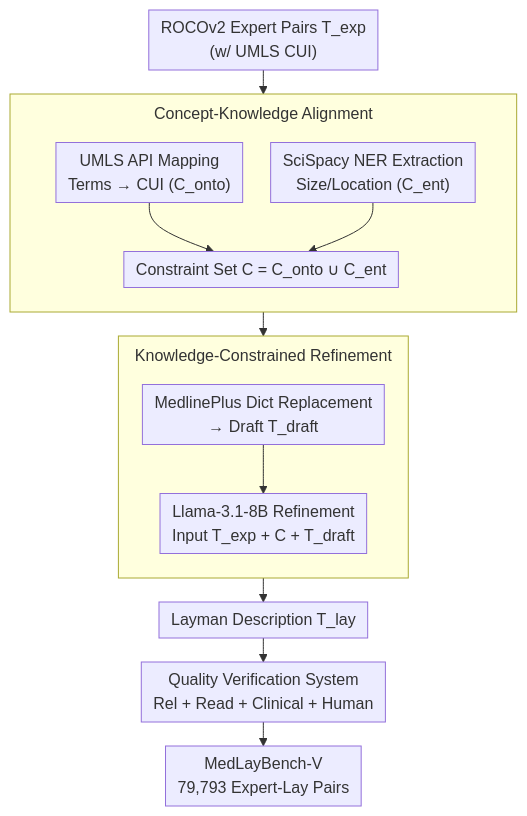
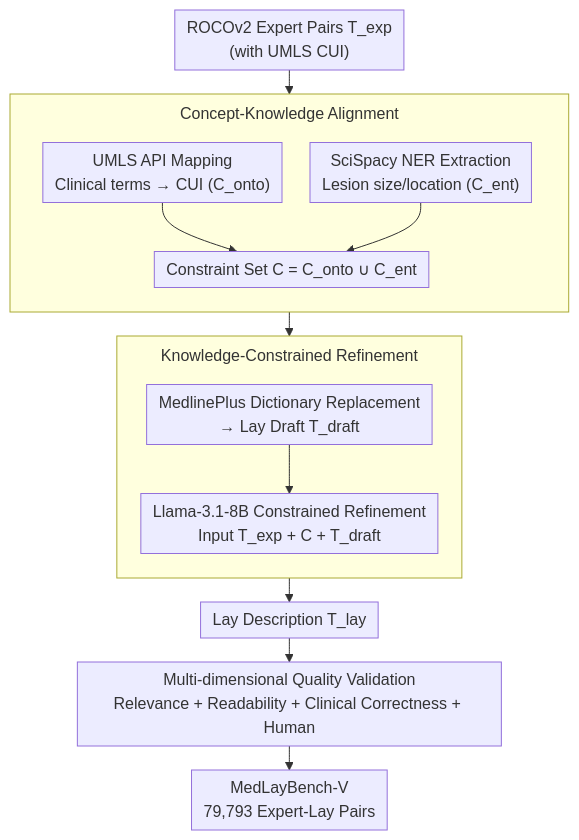
Before and after one commit to zhaoyang97/Paper-Notes-en: the diagram in docs/ACL2026/multimodal_vlm/medlaybench-v_a_large-scale_benchmark_for_expert-lay_semantic_alignment_in_medic.md, drawn with Mermaid. The commit also changed other lines of this file and 5084 other files, not shown here.

````diff
--- a/docs/ACL2026/multimodal_vlm/medlaybench-v_a_large-scale_benchmark_for_expert-lay_semantic_alignment_in_medic.md
+++ b/docs/ACL2026/multimodal_vlm/medlaybench-v_a_large-scale_benchmark_for_expert-lay_semantic_alignment_in_medic.md
@@ -45,22 +45,22 @@
 ```mermaid
 %%{init: {'flowchart': {'rankSpacing': 24, 'nodeSpacing': 28, 'padding': 6, 'wrappingWidth': 400, 'subGraphTitleMargin': {'top': 8, 'bottom': 16}}}}%%
 flowchart TD
-    A["ROCOv2 Expert Pairs T_exp<br/>(w/ UMLS CUI)"] --> S1
+    A["ROCOv2 Expert Pairs T_exp<br/>(with UMLS CUI)"] --> S1
     subgraph S1["Concept-Knowledge Alignment"]
         direction TB
-        B["UMLS API Mapping<br/>Terms → CUI (C_onto)"]
-        C["SciSpacy NER Extraction<br/>Size/Location (C_ent)"]
+        B["UMLS API Mapping<br/>Clinical terms → CUI (C_onto)"]
+        C["SciSpacy NER Extraction<br/>Lesion size/location (C_ent)"]
         B --> D["Constraint Set C = C_onto ∪ C_ent"]
         C --> D
     end
     S1 --> S2
     subgraph S2["Knowledge-Constrained Refinement"]
         direction TB
-        E["MedlinePlus Dict Replacement<br/>→ Draft T_draft"]
-        F["Llama-3.1-8B Refinement<br/>Input T_exp + C + T_draft"]
+        E["MedlinePlus Dictionary Replacement<br/>→ Lay Draft T_draft"]
+        F["Llama-3.1-8B Constrained Refinement<br/>Input T_exp + C + T_draft"]
         E --> F
     end
-    S2 --> G["Layman Description T_lay"]
-    G --> H["Quality Verification System<br/>Rel + Read + Clinical + Human"]
+    S2 --> G["Lay Description T_lay"]
+    G --> H["Multi-dimensional Quality Validation<br/>Relevance + Readability + Clinical Correctness + Human"]
     H --> I["MedLayBench-V<br/>79,793 Expert-Lay Pairs"]
 ```
````
